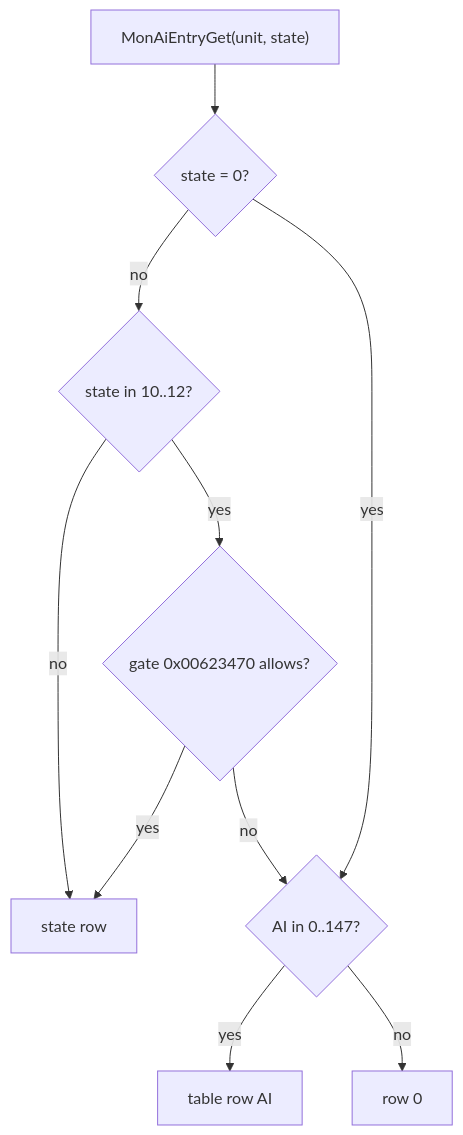
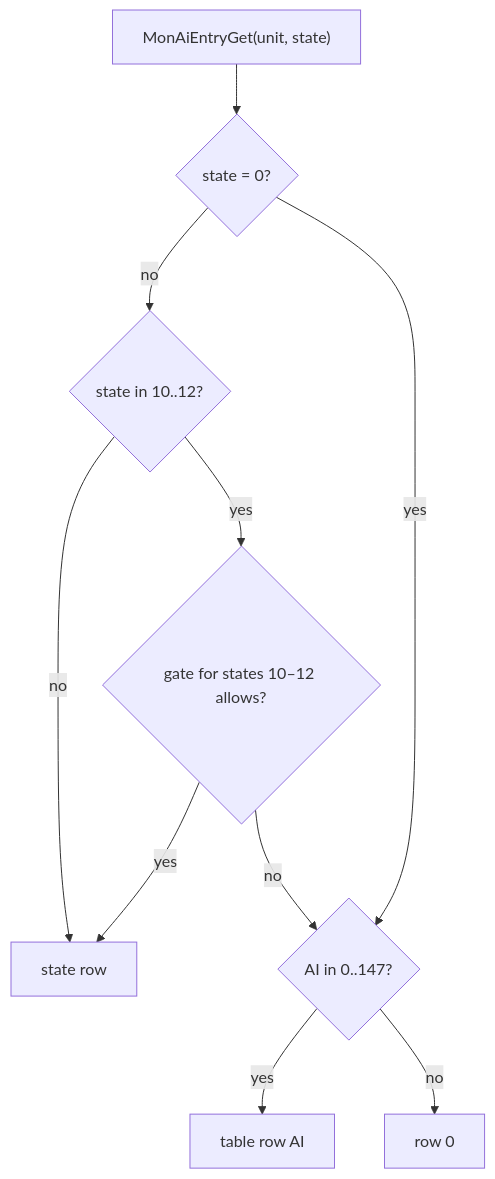
Before and after one commit to IgorKonovalov/diablo-2-recompilation: the fourth of 5 diagrams in docs/specs/monsters/ai/README.md, drawn with Mermaid. The commit also changed other lines of this file and 10 other files, not shown here.

````diff
--- a/docs/specs/monsters/ai/README.md
+++ b/docs/specs/monsters/ai/README.md
@@ -253,12 +254,12 @@
 ```mermaid
 flowchart TD
   A["MonAiEntryGet(unit, state)"] --> Q{"state = 0?"}
   Q -->|"no"| G{"state in 10..12?"}
   G -->|"no"| SR["state row"]
-  G -->|"yes"| GG{"gate 0x00623470 allows?"}
+  G -->|"yes"| GG{"gate for states 10–12 allows?"}
   GG -->|"yes"| SR
   GG -->|"no"| CR
   Q -->|"yes"| CR{"AI in 0..147?"}
   CR -->|"yes"| TR["table row AI"]
   CR -->|"no"| R0["row 0"]
 ```
````
